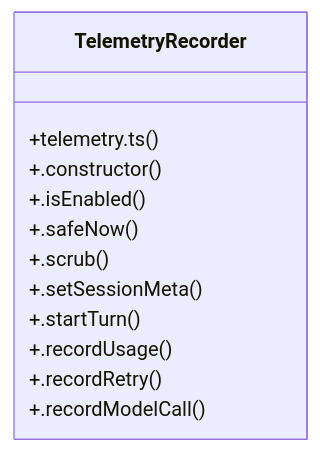
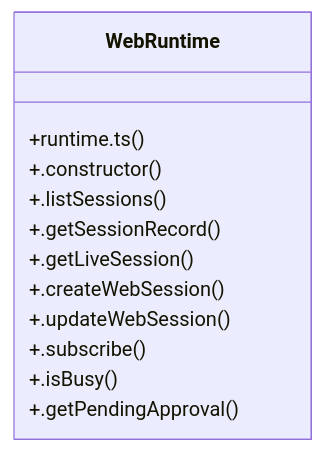
The diagram in graphify-out/wiki/Telemetry_Dashboard.md (beast-ofcourse/Atom), drawn with Mermaid before and after one commit. The commit also changed other lines of this file and 129 other files, not shown here.

First line of the commit message:
test: dock-aware assertions, ATOM-docs path fix, graphify refresh

````diff
--- a/graphify-out/wiki/Telemetry_Dashboard.md
+++ b/graphify-out/wiki/Telemetry_Dashboard.md
@@ -36,15 +36,15 @@
 ```mermaid
 classDiagram
-    class TelemetryRecorder {
-        +telemetry.ts()
+    class WebRuntime {
+        +runtime.ts()
         +.constructor()
-        +.isEnabled()
-        +.safeNow()
-        +.scrub()
-        +.setSessionMeta()
-        +.startTurn()
-        +.recordUsage()
-        +.recordRetry()
-        +.recordModelCall()
+        +.listSessions()
+        +.getSessionRecord()
+        +.getLiveSession()
+        +.createWebSession()
+        +.updateWebSession()
+        +.subscribe()
+        +.isBusy()
+        +.getPendingApproval()
     }
 ```
````
